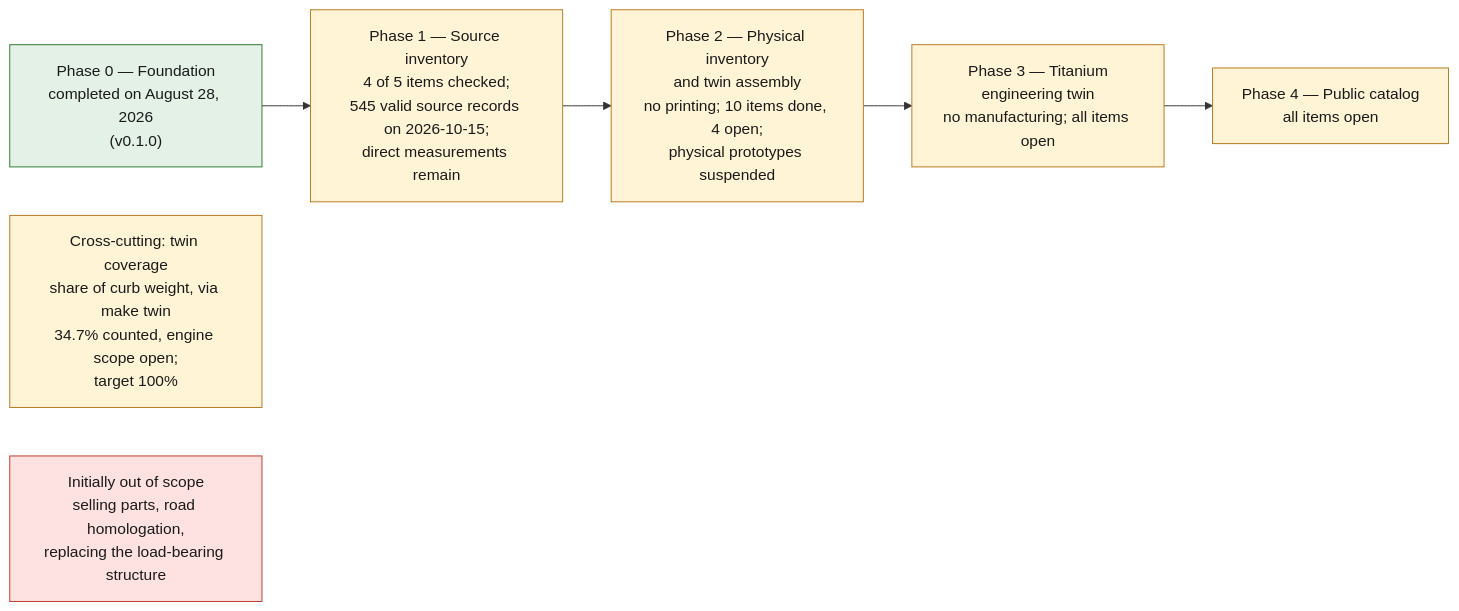
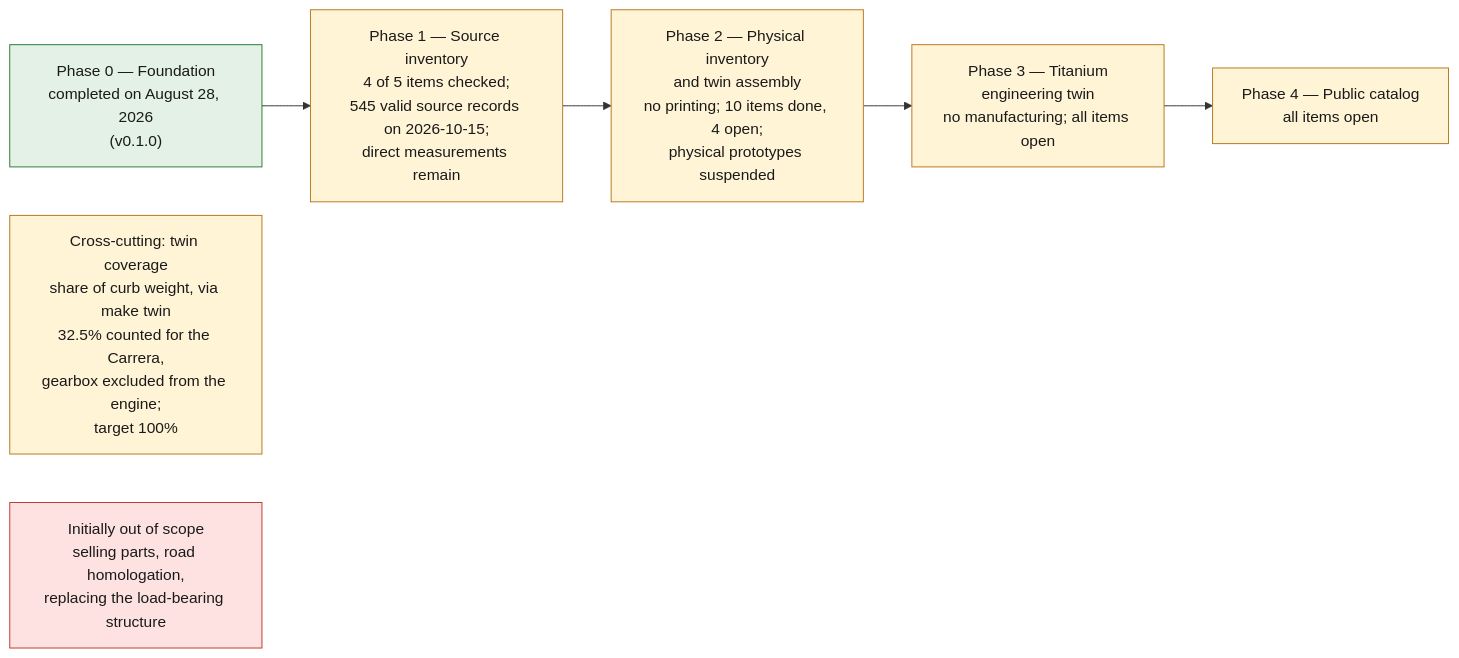
Before and after one commit to cluster2600/porscheparts: the diagram in docs/ROADMAP.md, drawn with Mermaid. The commit also changed other lines of this file and 16 other files, not shown here.

First line of the commit message:
Resolve CTR-0009 rows, tag reference masses by variant, settle engine gearbox scope

````diff
--- a/docs/ROADMAP.md
+++ b/docs/ROADMAP.md
@@ -5,14 +5,14 @@
 ```mermaid
 flowchart LR
     P0["Phase 0 — Foundation<br/>completed on August 28, 2026<br/>(v0.1.0)"]:::ok
     P1["Phase 1 — Source inventory<br/>4 of 5 items checked;<br/>545 valid source records on 2026-10-15;<br/>direct measurements remain"]:::open
     P2["Phase 2 — Physical inventory<br/>and twin assembly<br/>no printing; 10 items done, 4 open;<br/>physical prototypes suspended"]:::open
     P3["Phase 3 — Titanium<br/>engineering twin<br/>no manufacturing; all items open"]:::open
     P4["Phase 4 — Public catalog<br/>all items open"]:::open
     P0 --> P1 --> P2 --> P3 --> P4
-    COV["Cross-cutting: twin coverage<br/>share of curb weight, via make twin<br/>34.7% counted, engine scope open;<br/>target 100%"]:::open
+    COV["Cross-cutting: twin coverage<br/>share of curb weight, via make twin<br/>32.5% counted for the Carrera,<br/>gearbox excluded from the engine;<br/>target 100%"]:::open
     OUT["Initially out of scope<br/>selling parts, road homologation,<br/>replacing the load-bearing structure"]:::stop
     classDef stop fill:#fde2e1,stroke:#c0392b,color:#1a1a1a;
     classDef ok fill:#e3f1e6,stroke:#2e7d32,color:#1a1a1a;
     classDef open fill:#fff4d6,stroke:#b7791f,color:#1a1a1a;
 ```
````
